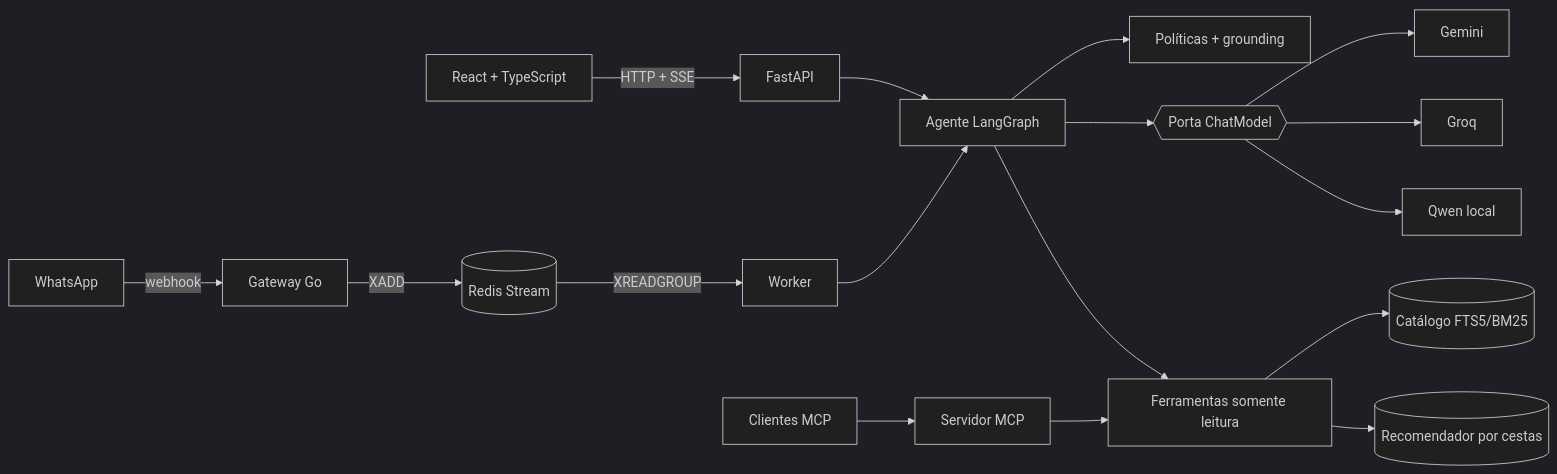
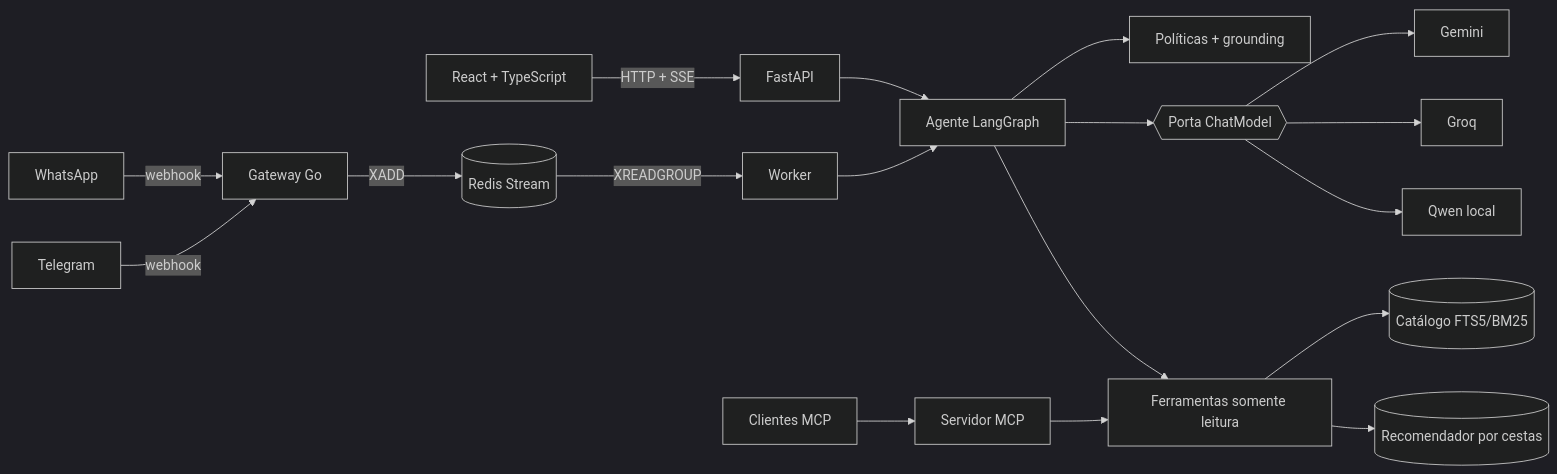
The diagram in README.md (luccaamp/mesa-food-discovery-agent), drawn with Mermaid (dark theme) before and after one commit. The commit also changed other lines of this file and 10 other files, not shown here.

````diff
--- a/README.md
+++ b/README.md
@@ -80,16 +102,17 @@
 ```mermaid
 flowchart LR
   WEB[React + TypeScript] -->|HTTP + SSE| API[FastAPI]
   WA[WhatsApp] -->|webhook| GW[Gateway Go]
+  TG[Telegram] -->|webhook| GW
   GW -->|XADD| Q[(Redis Stream)]
   Q -->|XREADGROUP| WK[Worker]
   MCPC[Clientes MCP] --> MCP[Servidor MCP]
   API --> AG[Agente LangGraph]
   WK --> AG
   AG --> POL[Políticas + grounding]
   AG --> PORT{{Porta ChatModel}}
   PORT --> GEM[Gemini] & GROQ[Groq] & QWEN[Qwen local]
   AG --> TOOLS[Ferramentas somente leitura]
   MCP --> TOOLS
   TOOLS --> CAT[(Catálogo FTS5/BM25)] & REC[(Recomendador por cestas)]
 ```
````
